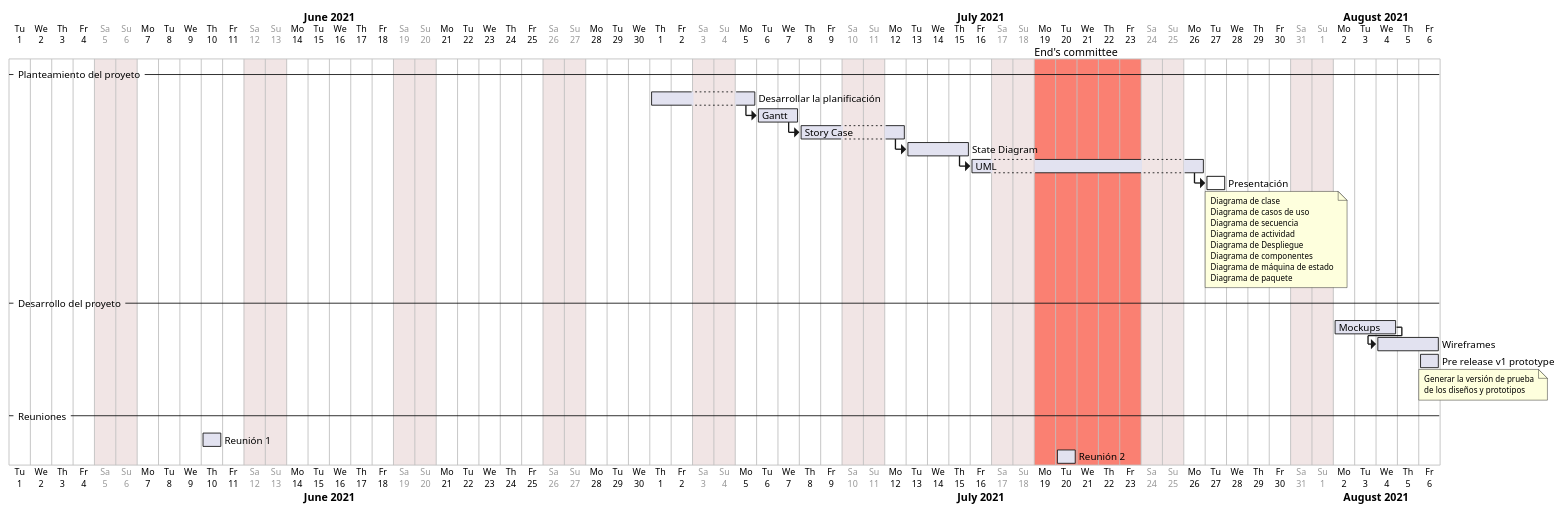
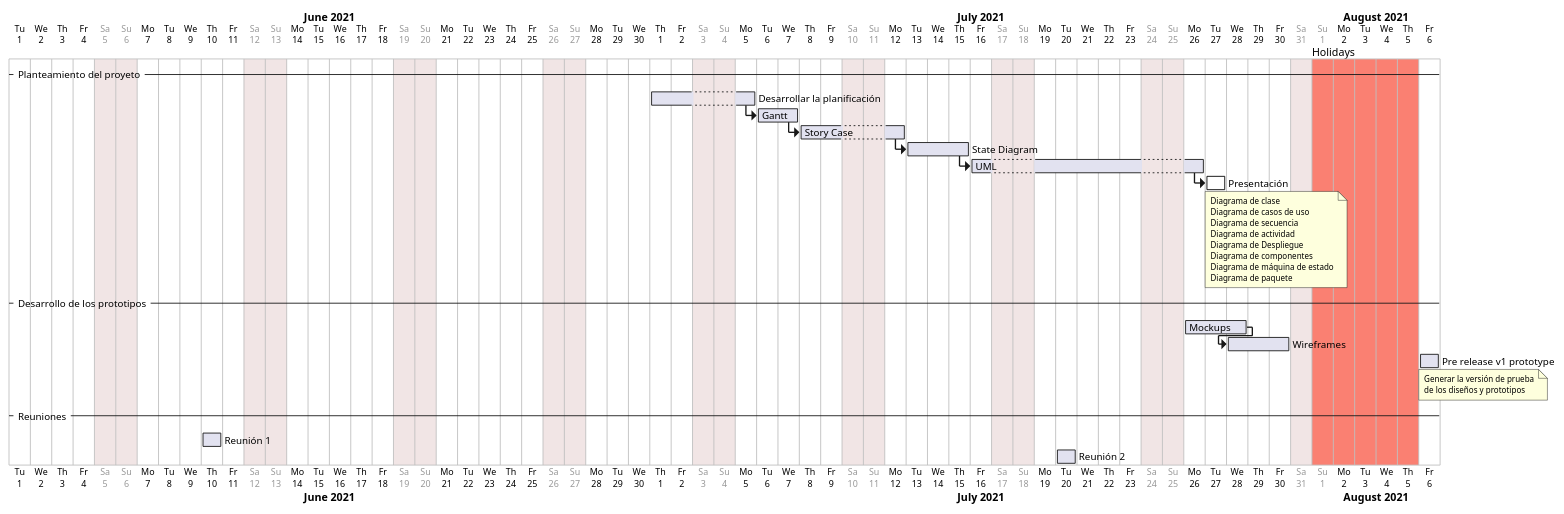
Before and after one commit to nonodev96/THUMDER: the diagram in UML/_0.0.Gantt.puml, drawn with PlantUML. The commit also changed 17 other files, not shown here.

Commit message:
Divide project with Modules, add Breadcrumb component, Gantt.

```diff
--- a/UML/_0.0.Gantt.puml
+++ b/UML/_0.0.Gantt.puml
@@ -1,56 +1,56 @@
 @startgantt
 'language ko
 printscale daily zoom 1.5
 saturday are closed
 sunday are closed
 
 Project starts the 1st of june 2021
 
 -- Planteamiento del proyeto --
 [Desarrollar la planificación] starts 2021-07-01 and lasts 3 days
 '[Test prototype] lasts 3 days and starts 7 days before [Desarrollar la planificación]'s end
 then [Gantt] lasts 2 days
 then [Story Case] lasts 3 days
 then [State Diagram] lasts 3 days
 then [UML] lasts 7 days
 then [Presentación] is deleted
 '[Presentación] happens at [UML]'s end
 
 note bottom
   Diagrama de clase
   Diagrama de casos de uso
   Diagrama de secuencia
   Diagrama de actividad
   Diagrama de Despliegue
   Diagrama de componentes
   Diagrama de máquina de estado
   Diagrama de paquete
 end note
 
 
--- Desarrollo del proyeto --
+-- Desarrollo de los prototipos --
 
-[Mockups] starts 2021-08-01 and lasts 3 days
+[Mockups] starts 2021-07-25 and lasts 3 days
 [Wireframes] lasts 3 days and starts 1 days before [Mockups]'s end
 
 [Pre release v1 prototype] starts 2021-08-06 and lasts 1 days
 note bottom
   Generar la versión de prueba
   de los diseños y prototipos
 end note
 
 
 
 
 
 
-2021-07-19 to 2021-07-23 are named [End's committee]
-2021-07-19 to 2021-07-23 are colored in salmon
+2021-08-01 to 2021-08-05 are named [Holidays]
+2021-08-01 to 2021-08-05 are colored in salmon
 
 
 -- Reuniones --
 
 [Reunión 1] starts 2021-06-10
 [Reunión 2] starts 2021-07-20
 
 @endgantt
```
